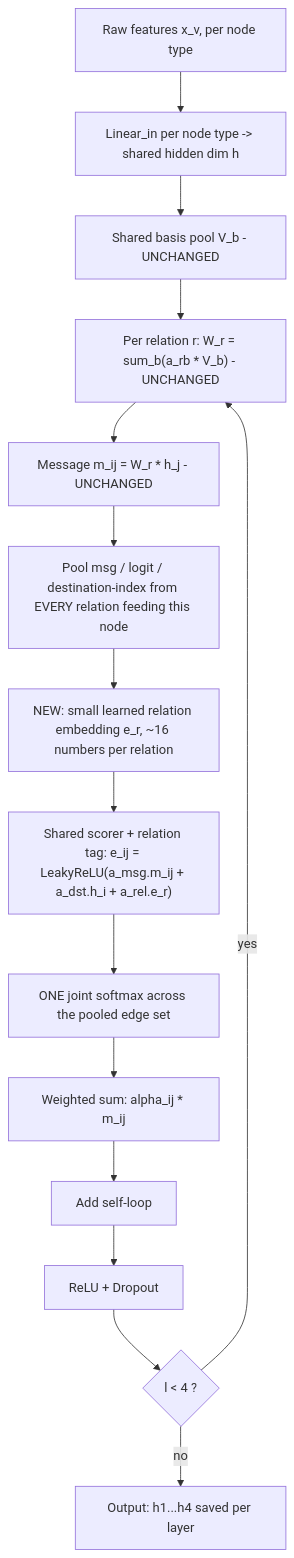
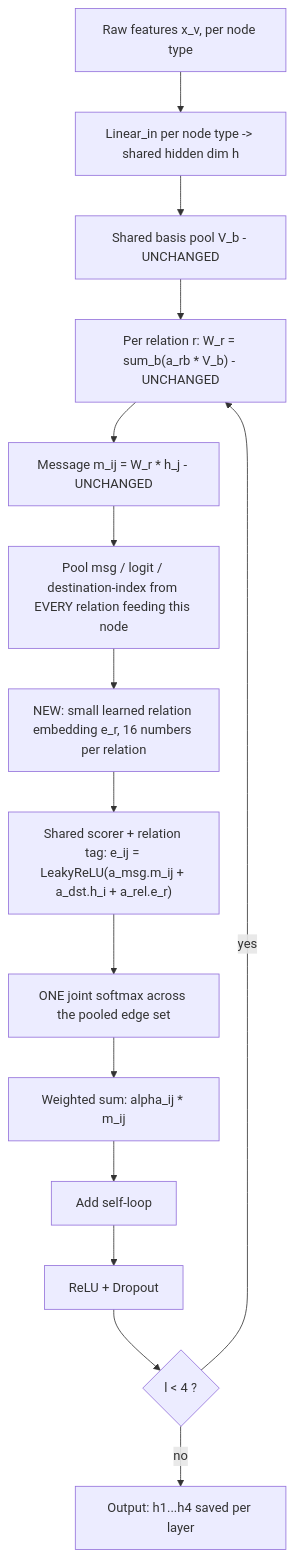
Before and after one commit to murali-ftw/ChainPilot: the eighth of 13 diagrams in reports/info.md, drawn with Mermaid. The commit also changed other lines of this file and 18 other files, not shown here.

````diff
--- a/reports/info.md
+++ b/reports/info.md
@@ -402,17 +363,17 @@
 ```mermaid
 flowchart TD
     A["Raw features x_v, per node type"] --> B["Linear_in per node type -> shared hidden dim h"]
     B --> C["Shared basis pool V_b - UNCHANGED"]
     C --> D["Per relation r: W_r = sum_b(a_rb * V_b) - UNCHANGED"]
     D --> E["Message m_ij = W_r * h_j - UNCHANGED"]
     E --> F["Pool msg / logit / destination-index from EVERY relation feeding this node"]
-    F --> N["NEW: small learned relation embedding e_r, ~16 numbers per relation"]
+    F --> N["NEW: small learned relation embedding e_r, 16 numbers per relation"]
     N --> G["Shared scorer + relation tag: e_ij = LeakyReLU(a_msg.m_ij + a_dst.h_i + a_rel.e_r)"]
     G --> H["ONE joint softmax across the pooled edge set"]
     H --> I["Weighted sum: alpha_ij * m_ij"]
     I --> J["Add self-loop"]
     J --> K["ReLU + Dropout"]
     K --> L{"l < 4 ?"}
     L -->|yes| D
     L -->|no| M["Output: h1...h4 saved per layer"]
 ```
````
